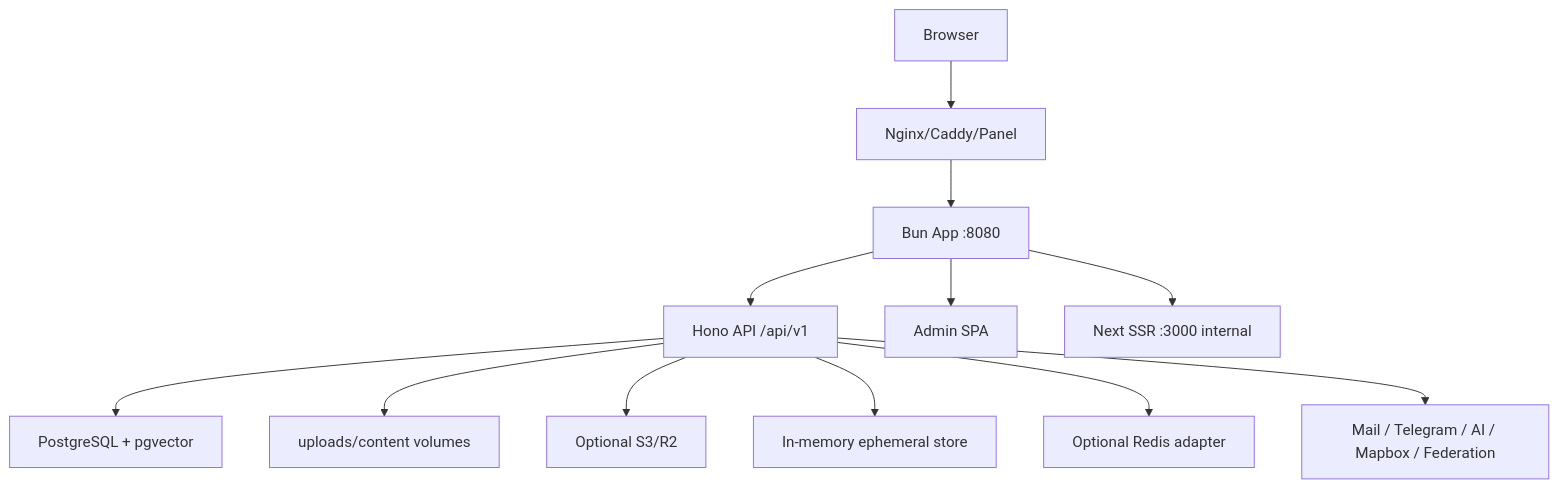
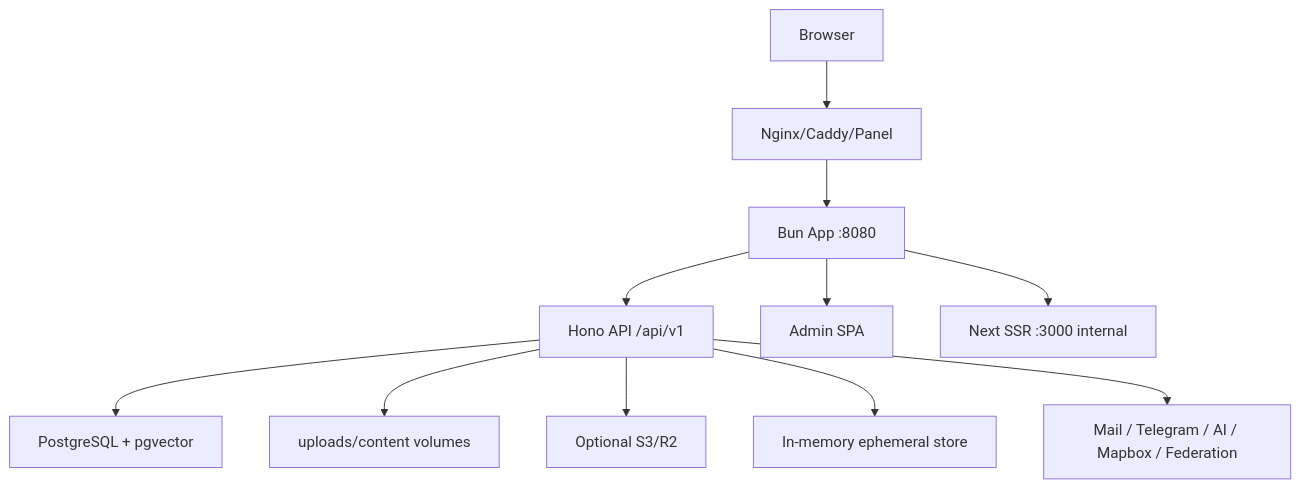
Before and after one commit to Ficorcc/utterlog: the diagram in BUN_ARCHITECTURE_REVIEW.md, drawn with Mermaid. The commit also changed other lines of this file and 104 other files, not shown here.

````diff
--- a/BUN_ARCHITECTURE_REVIEW.md
+++ b/BUN_ARCHITECTURE_REVIEW.md
@@ -11,14 +11,13 @@
 ```mermaid
 flowchart TD
   Browser["Browser"] --> Proxy["Nginx/Caddy/Panel"]
   Proxy --> App["Bun App :8080"]
   App --> API["Hono API /api/v1"]
   App --> Admin["Admin SPA"]
   App --> Next["Next SSR :3000 internal"]
   API --> Postgres["PostgreSQL + pgvector"]
   API --> Local["uploads/content volumes"]
   API --> S3["Optional S3/R2"]
   API --> Ephemeral["In-memory ephemeral store"]
-  API --> Redis["Optional Redis adapter"]
   API --> External["Mail / Telegram / AI / Mapbox / Federation"]
 ```
````
